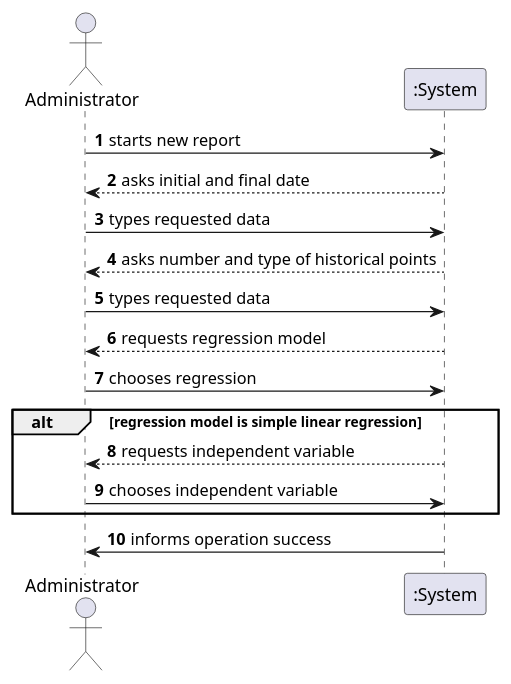
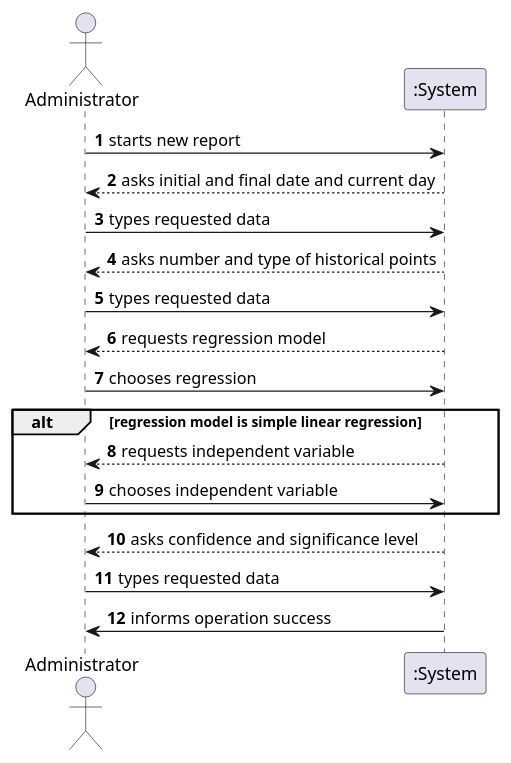
One commit to MadDinosaur/ISEP-LAPR2 changed the diagram in docs/SprintD/US18/US18_SSD.puml. Above: the diagram before and after it, drawn with PlantUML. The commit also changed 5 other files, not shown here.

```diff
--- a/docs/SprintD/US18/US18_SSD.puml
+++ b/docs/SprintD/US18/US18_SSD.puml
@@ -1,24 +1,24 @@
 @startuml
 'https://plantuml.com/sequence-diagram
 
 autonumber
 
 actor "Administrator" as admin
 participant ":System" as sys
 
 admin -> sys: starts new report
-sys -->admin :  asks initial and final date
+sys -->admin :  asks initial and final date and current day
 admin -> sys : types requested data
 sys --> admin : asks number and type of historical points
 admin -> sys : types requested data
 sys --> admin : requests regression model
 admin -> sys : chooses regression
 alt regression model is simple linear regression
 sys --> admin : requests independent variable
 admin -> sys : chooses independent variable
 end
+sys --> admin : asks confidence and significance level
+admin -> sys : types requested data
 sys -> admin: informs operation success
 
-
-
 @enduml
```
